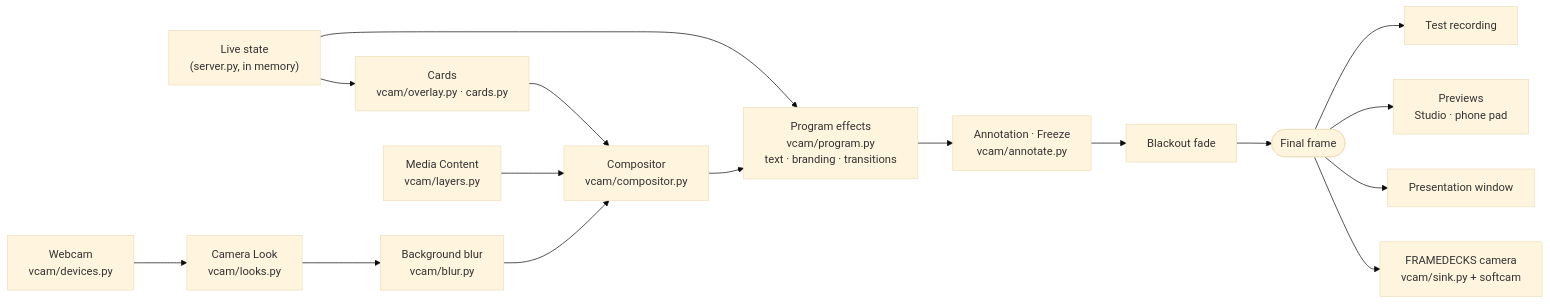
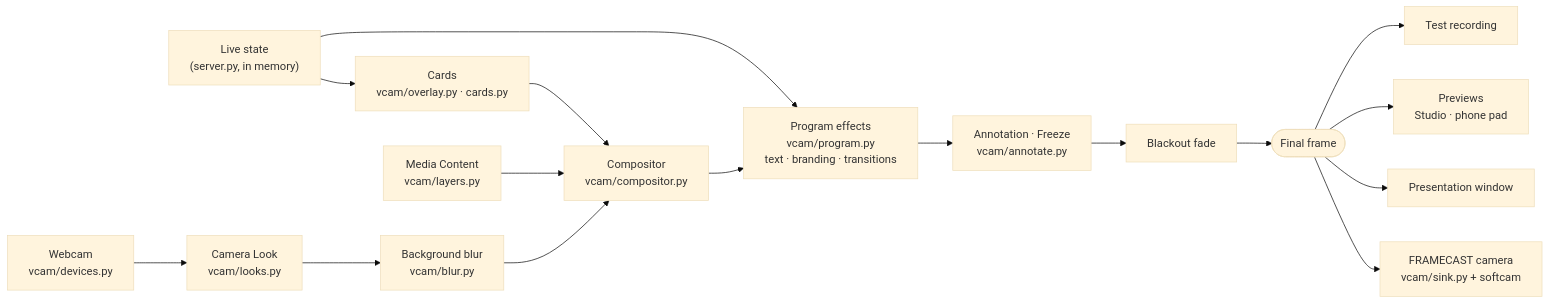
One commit to mshobin/FrameDecks changed the third of 8 diagrams in docs/ARCHITECTURE.md. Above: the diagram before and after it, drawn with Mermaid (base theme). The commit also changed other lines of this file and 54 other files, not shown here.

First line of the commit message:
Camera named FRAMECAST; release notes build fixed and rewritten

````diff
--- a/docs/ARCHITECTURE.md
+++ b/docs/ARCHITECTURE.md
@@ -101,15 +101,15 @@
 ```mermaid
 flowchart LR
   ST["Live state<br/>(server.py, in memory)"] --> OV["Cards<br/>vcam/overlay.py · cards.py"]
   ST --> PF["Program effects<br/>vcam/program.py<br/>text · branding · transitions"]
   CAM["Webcam<br/>vcam/devices.py"] --> LK["Camera Look<br/>vcam/looks.py"] --> BL["Background blur<br/>vcam/blur.py"]
   BL --> CMP["Compositor<br/>vcam/compositor.py"]
   MED["Media Content<br/>vcam/layers.py"] --> CMP
   OV --> CMP
   CMP --> PF --> INK["Annotation · Freeze<br/>vcam/annotate.py"] --> BLK["Blackout fade"]
   BLK --> FINAL(["Final frame"])
-  FINAL --> SINK["FRAMEDECKS camera<br/>vcam/sink.py + softcam"]
+  FINAL --> SINK["FRAMECAST camera<br/>vcam/sink.py + softcam"]
   FINAL --> PW["Presentation window"]
   FINAL --> PV["Previews<br/>Studio · phone pad"]
   FINAL --> REC["Test recording"]
 ```
````
